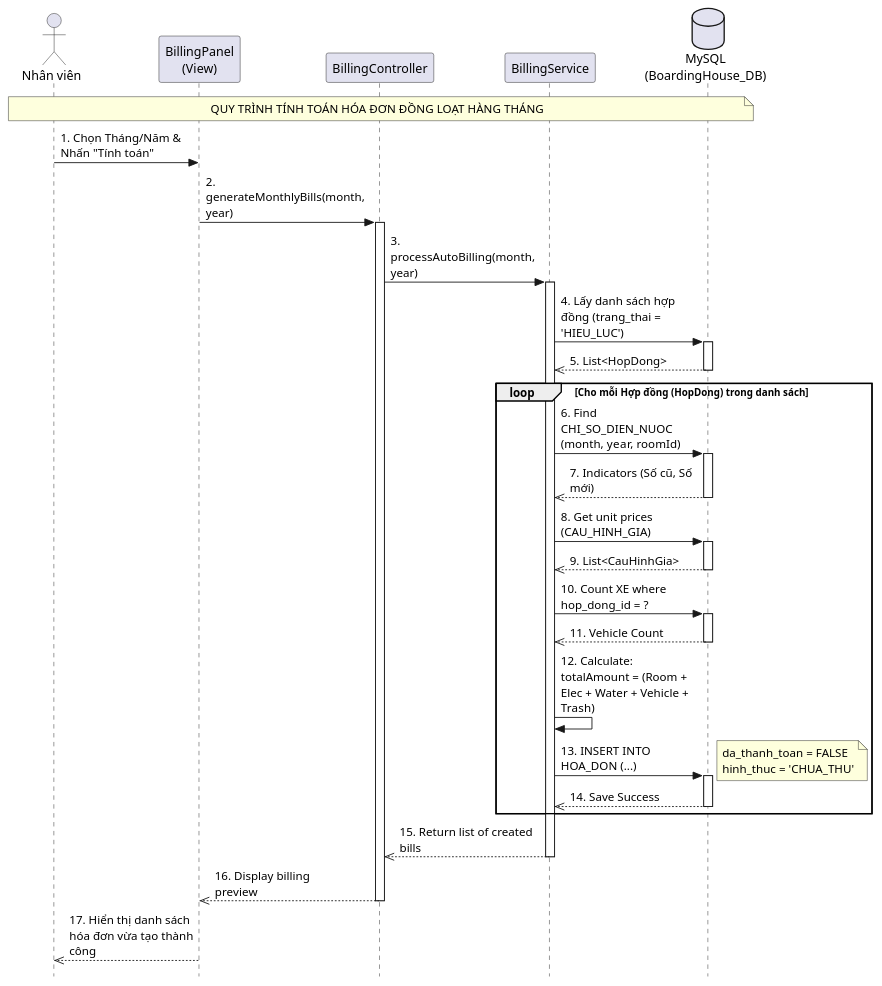
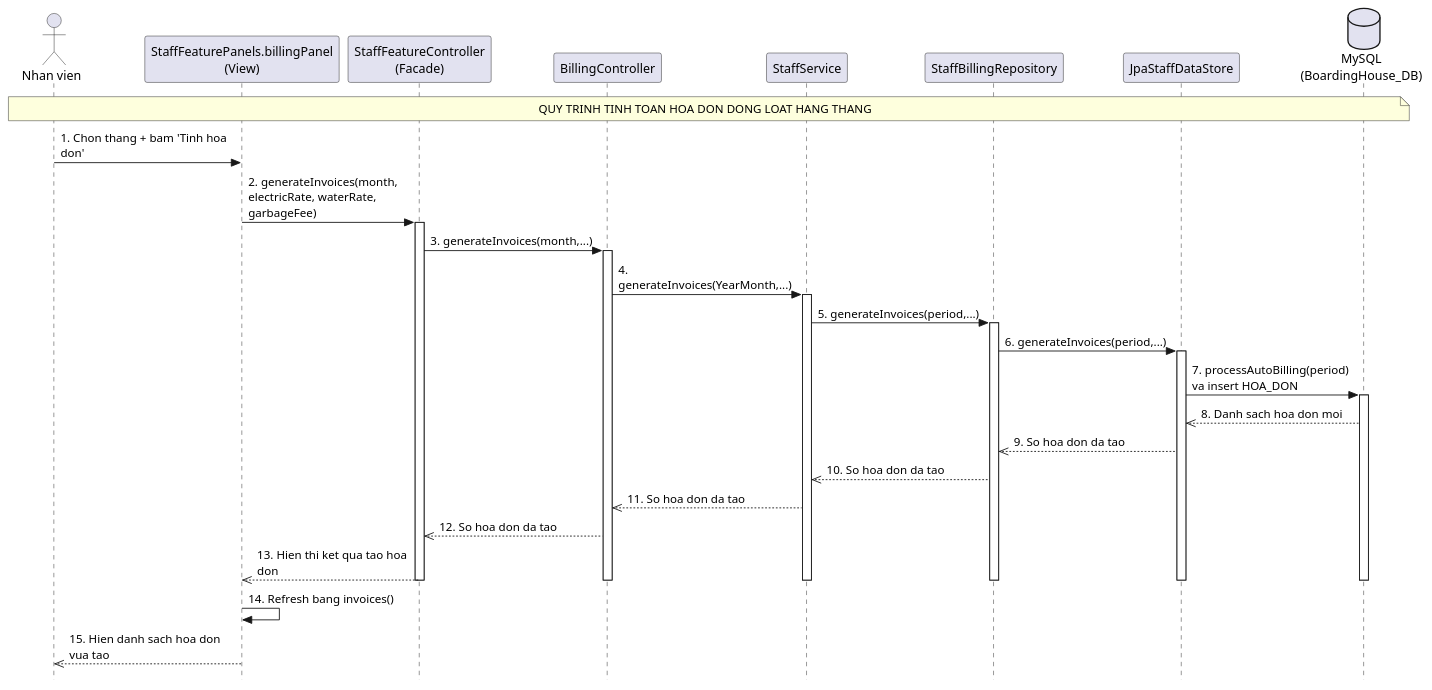
Before and after one commit to ongming/Boarding-House-Management-System: the diagram in src/main/java/com/example/house/uml/sequence/sequence_monthly_billing.puml, drawn with PlantUML. The commit also changed 50 other files, not shown here.

```diff
--- a/src/main/java/com/example/house/uml/sequence/sequence_monthly_billing.puml
+++ b/src/main/java/com/example/house/uml/sequence/sequence_monthly_billing.puml
@@ -1,57 +1,47 @@
 @startuml
 skinparam style strictuml
-skinparam maxMessageSize 150
+skinparam maxMessageSize 190
 
-actor "Nhân viên" as Staff
-participant "BillingPanel\n(View)" as View
+actor "Nhan vien" as Staff
+participant "StaffFeaturePanels.billingPanel\n(View)" as View
+participant "StaffFeatureController\n(Facade)" as Facade
 participant "BillingController" as Controller
-participant "BillingService" as Service
+participant "StaffService" as Service
+participant "StaffBillingRepository" as Repository
+participant "JpaStaffDataStore" as DataStore
 database "MySQL\n(BoardingHouse_DB)" as DB
 
-Note over Staff, DB: QUY TRÌNH TÍNH TOÁN HÓA ĐƠN ĐỒNG LOẠT HÀNG THÁNG
+Note over Staff, DB: QUY TRINH TINH TOAN HOA DON DONG LOAT HANG THANG
 
-Staff -> View : 1. Chọn Tháng/Năm & Nhấn "Tính toán"
-View -> Controller : 2. generateMonthlyBills(month, year)
+Staff -> View : 1. Chon thang + bam 'Tinh hoa don'
+View -> Facade : 2. generateInvoices(month, electricRate, waterRate, garbageFee)
+activate Facade
+
+Facade -> Controller : 3. generateInvoices(month,...)
 activate Controller
+Controller -> Service : 4. generateInvoices(YearMonth,...)
+activate Service
+Service -> Repository : 5. generateInvoices(period,...)
+activate Repository
+Repository -> DataStore : 6. generateInvoices(period,...)
+activate DataStore
 
-Controller -> Service : 3. processAutoBilling(month, year)
-activate Service
+DataStore -> DB : 7. processAutoBilling(period) va insert HOA_DON
+activate DB
+DB -->> DataStore : 8. Danh sach hoa don moi
+DataStore -->> Repository : 9. So hoa don da tao
+Repository -->> Service : 10. So hoa don da tao
+Service -->> Controller : 11. So hoa don da tao
+Controller -->> Facade : 12. So hoa don da tao
+Facade -->> View : 13. Hien thi ket qua tao hoa don
 
-Service -> DB : 4. Lấy danh sách hợp đồng (trang_thai = 'HIEU_LUC')
-activate DB
-DB -->> Service : 5. List<HopDong>
 deactivate DB
+deactivate DataStore
+deactivate Repository
+deactivate Service
+deactivate Controller
+deactivate Facade
 
-loop Cho mỗi Hợp đồng (HopDong) trong danh sách
-    Service -> DB : 6. Find CHI_SO_DIEN_NUOC (month, year, roomId)
-    activate DB
-    DB -->> Service : 7. Indicators (Số cũ, Số mới)
-    deactivate DB
-
-    Service -> DB : 8. Get unit prices (CAU_HINH_GIA)
-    activate DB
-    DB -->> Service : 9. List<CauHinhGia>
-    deactivate DB
-
-    Service -> DB : 10. Count XE where hop_dong_id = ?
-    activate DB
-    DB -->> Service : 11. Vehicle Count
-    deactivate DB
-
-    Service -> Service : 12. Calculate: totalAmount = (Room + Elec + Water + Vehicle + Trash)
-
-    Service -> DB : 13. INSERT INTO HOA_DON (...)
-    note right: da_thanh_toan = FALSE\nhinh_thuc = 'CHUA_THU'
-    activate DB
-    DB -->> Service : 14. Save Success
-    deactivate DB
-end
-
-Service -->> Controller : 15. Return list of created bills
-deactivate Service
-
-Controller -->> View : 16. Display billing preview
-deactivate Controller
-
-View -->> Staff : 17. Hiển thị danh sách hóa đơn vừa tạo thành công
+View -> View : 14. Refresh bang invoices()
+View -->> Staff : 15. Hien danh sach hoa don vua tao
 @enduml
```
